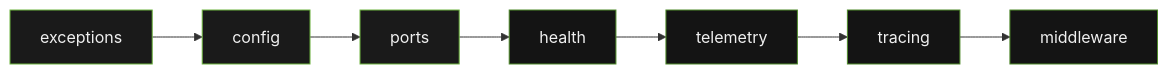
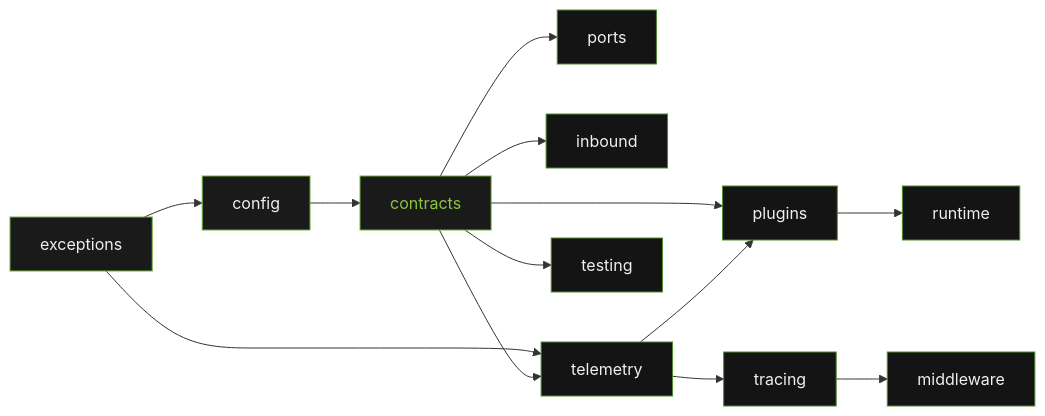
The first of 3 diagrams in docs/technical/architecture/system-architecture.md (Furious-Meteors/openframe-core), drawn with Mermaid before and after one commit. The commit also changed other lines of this file and 94 other files, not shown here.

````diff
--- a/docs/technical/architecture/system-architecture.md
+++ b/docs/technical/architecture/system-architecture.md
@@ -11,20 +23,35 @@
 ```mermaid
 flowchart LR
     EX["exceptions"]
     CF["config"]
+    CO["contracts"]
     PO["ports"]
-    HE["health"]
+    IN["inbound"]
     TE["telemetry"]
     TR["tracing"]
     MW["middleware"]
+    PL["plugins"]
+    RT["runtime"]
+    TS["testing"]
 
-    EX --> CF --> PO --> HE --> TE --> TR --> MW
+    EX --> CF --> CO
+    EX --> TE
+    CO --> PO
+    CO --> IN
+    CO --> TE --> TR --> MW
+    CO --> PL --> RT
+    TE --> PL
+    CO --> TS
 
     style EX fill:#1a1a1a,color:#F0F0F0,stroke:#6DB33F
     style CF fill:#1a1a1a,color:#F0F0F0,stroke:#6DB33F
-    style PO fill:#1a1a1a,color:#F0F0F0,stroke:#6DB33F
-    style HE fill:#141414,color:#F0F0F0,stroke:#4E8A2A
+    style CO fill:#1a1a1a,color:#8CC63F,stroke:#6DB33F
+    style PO fill:#141414,color:#F0F0F0,stroke:#4E8A2A
+    style IN fill:#141414,color:#F0F0F0,stroke:#4E8A2A
     style TE fill:#141414,color:#F0F0F0,stroke:#4E8A2A
     style TR fill:#141414,color:#F0F0F0,stroke:#4E8A2A
     style MW fill:#141414,color:#F0F0F0,stroke:#4E8A2A
+    style PL fill:#141414,color:#F0F0F0,stroke:#4E8A2A
+    style RT fill:#141414,color:#F0F0F0,stroke:#4E8A2A
+    style TS fill:#141414,color:#F0F0F0,stroke:#4E8A2A
 ```
````
